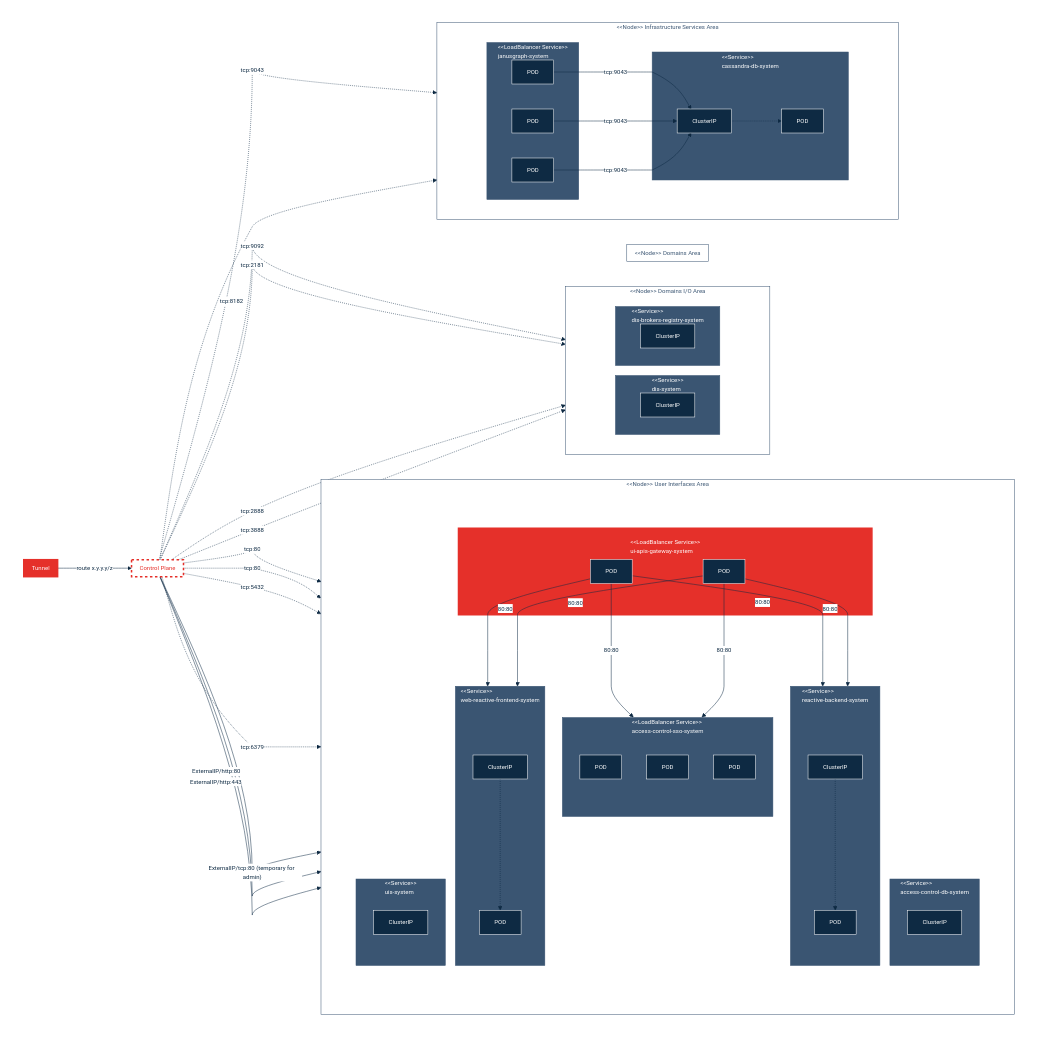
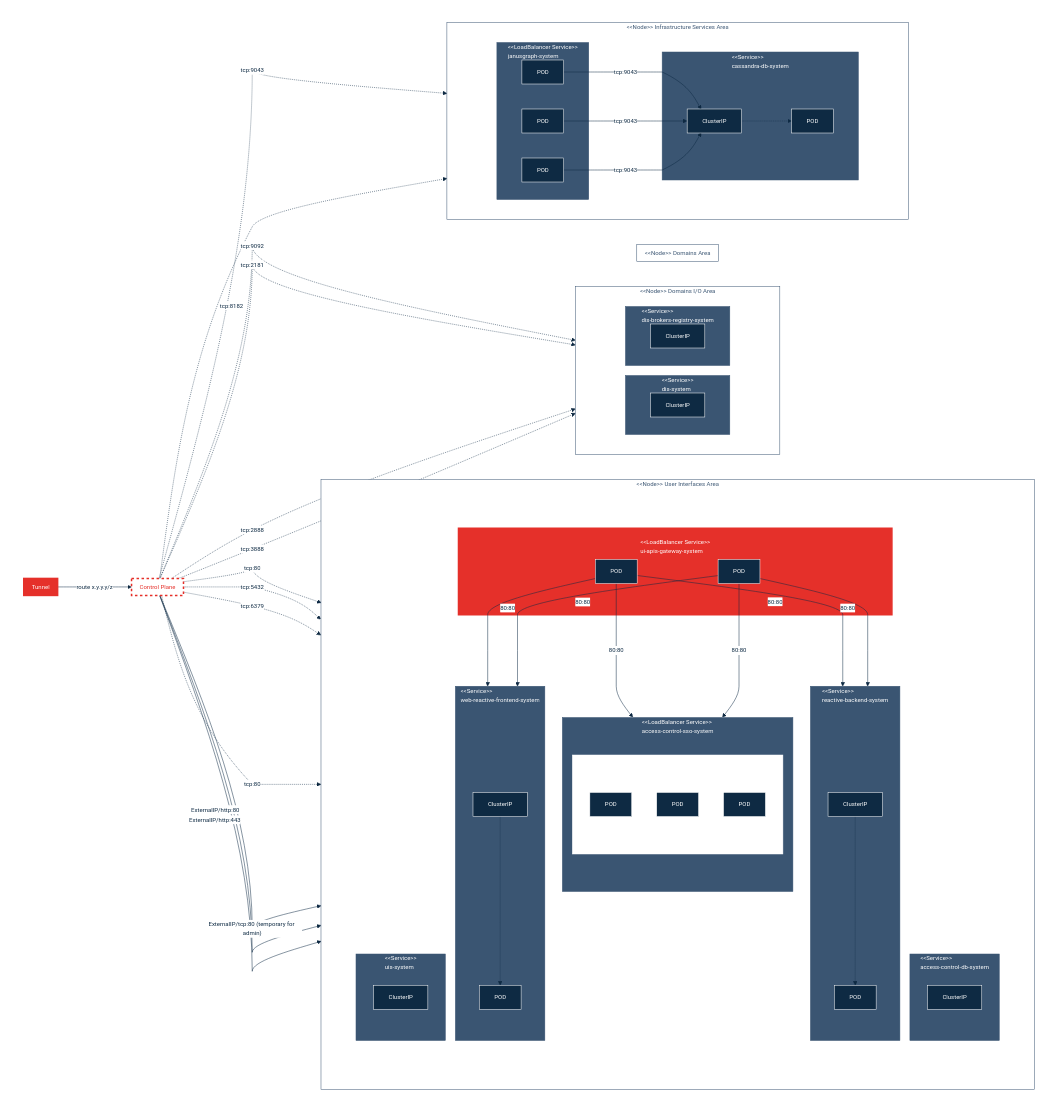
The second of 2 diagrams in cybnity-platform/README.md (cybnity/iac-helm-charts), drawn with Mermaid before and after one commit.

```diff
--- a/cybnity-platform/README.md
+++ b/cybnity-platform/README.md
@@ -260,9 +260,11 @@
             pod2["POD"]
          end
          subgraph service3[" #60;#60;LoadBalancer Service#62;#62; \n access-control-sso-system "]
-            pod3["POD"]
-            pod4["POD"]
-            pod5["POD"]
+            subgraph ssolayer1[" "]
+               pod3["POD"]
+               pod4["POD"]
+               pod5["POD"]
+            end
          end
          subgraph service4[" #60;#60;Service#62;#62; \n access-control-db-system "]
             clusterip2["ClusterIP"]
@@ -305,7 +307,6 @@
   end
   tunnel -- "route x.y.y.y/z" --> controlplane
   controlplane -. "tcp:80" .-> clusterip1 -.-> pod1
-  controlplane -. "tcp:80" .-> clusterip4 -.-> pod2
   podproxy1 & podproxy2 -- "80:80" --> service1
   podproxy1 & podproxy2 -- "80:80" --> service2
   controlplane -- "ExternalIP/tcp:80 (temporary for admin)" --> service3
@@ -314,6 +315,7 @@
   controlplane -. "tcp:6379" .-> clusterip3
   controlplane -- "ExternalIP/http:80" --> service8
   controlplane -- "ExternalIP/http:443" --> service8
+  controlplane -. "tcp:80" .-> clusterip4 -.-> pod2
   controlplane -. "tcp:9092" .-> clusterip5
   controlplane -. "tcp:2181" .-> clusterip6
   controlplane -. "tcp:2888" .-> clusterip6
```
